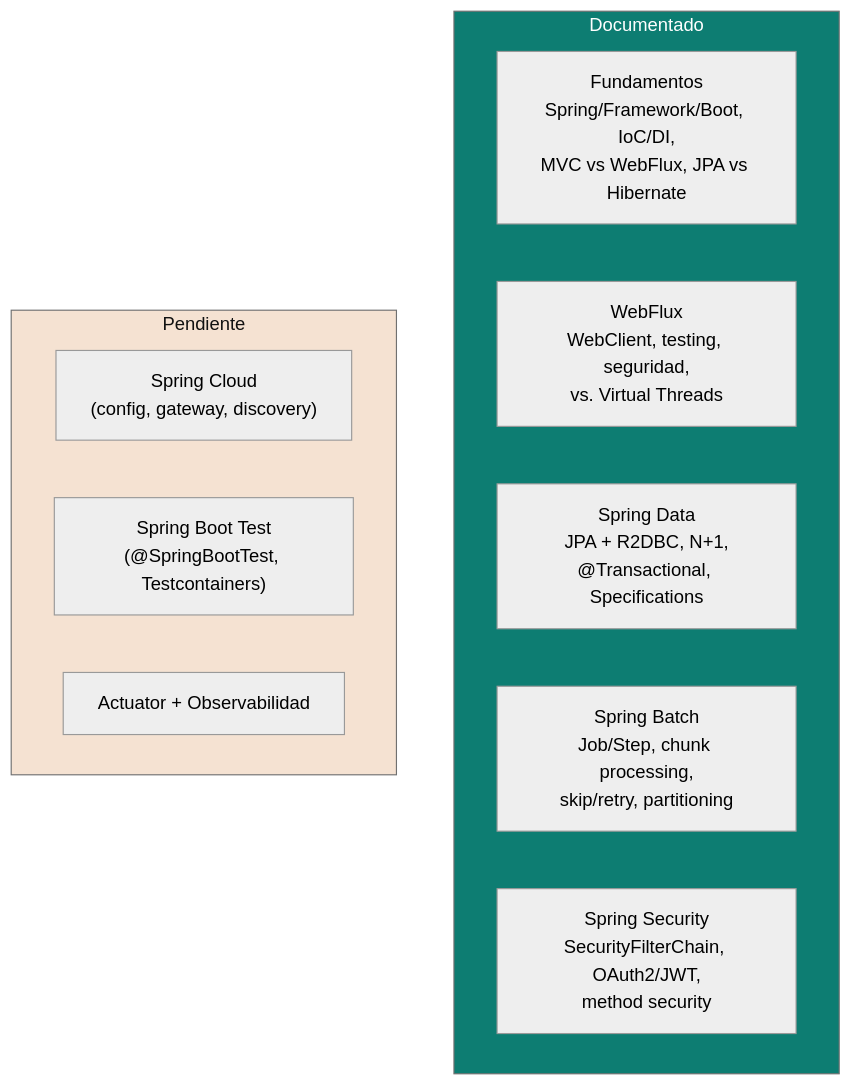
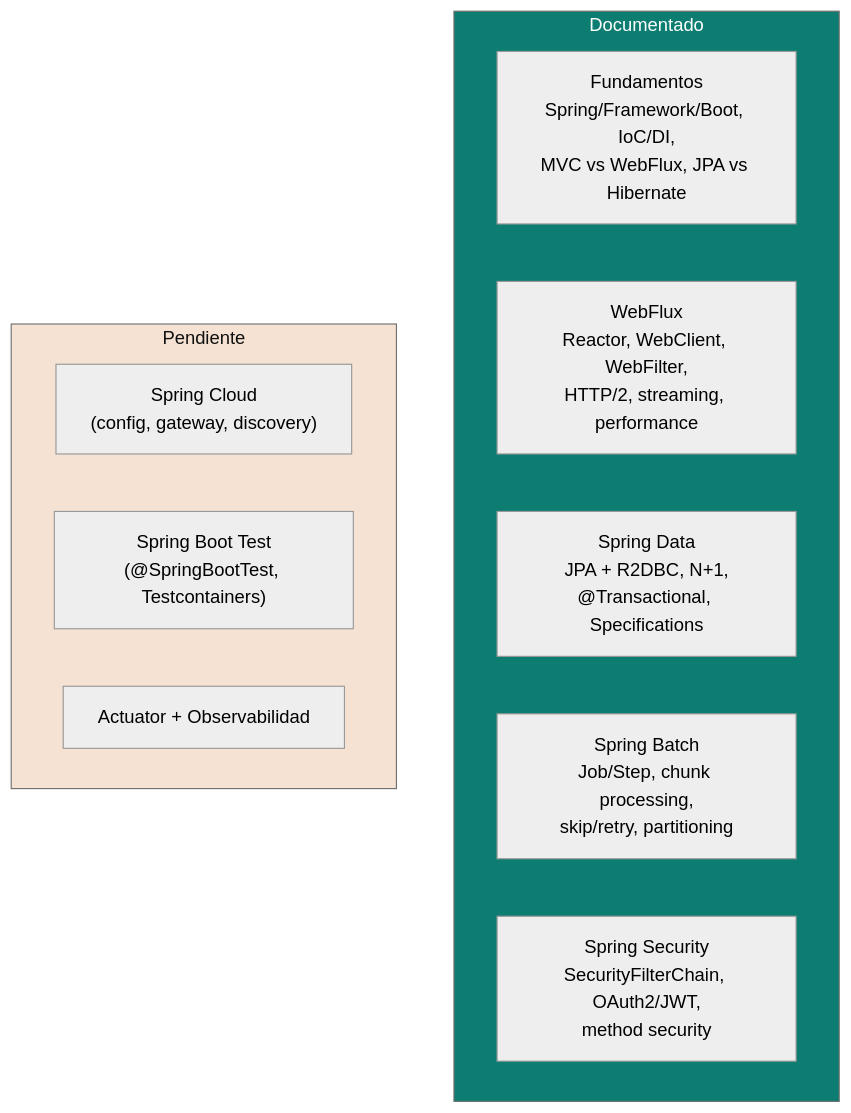
The diagram in frameworks/spring-boot/README.md (edzamo/software-engineering), drawn with Mermaid (neutral theme) before and after one commit. The commit also changed other lines of this file and 16 other files, not shown here.

First line of the commit message:
Refactor documentation links and enhance WebFlux guides

````diff
--- a/frameworks/spring-boot/README.md
+++ b/frameworks/spring-boot/README.md
@@ -7,18 +7,18 @@
 ```mermaid
 graph TB
     subgraph documentado[" Documentado "]
         F["Fundamentos<br/>Spring/Framework/Boot, IoC/DI,<br/>MVC vs WebFlux, JPA vs Hibernate"]
-        WF["WebFlux<br/>WebClient, testing, seguridad,<br/>vs. Virtual Threads"]
+        WF["WebFlux<br/>Reactor, WebClient, WebFilter,<br/>HTTP/2, streaming, performance"]
         SD["Spring Data<br/>JPA + R2DBC, N+1,<br/>@Transactional, Specifications"]
         SB["Spring Batch<br/>Job/Step, chunk processing,<br/>skip/retry, partitioning"]
         SEC["Spring Security<br/>SecurityFilterChain, OAuth2/JWT,<br/>method security"]
     end
     subgraph pendiente[" Pendiente "]
         CLOUD["Spring Cloud<br/>(config, gateway, discovery)"]
         TEST["Spring Boot Test<br/>(@SpringBootTest, Testcontainers)"]
         ACT["Actuator + Observabilidad"]
     end
 
     style documentado fill:#0d7d72,color:#fff
     style pendiente fill:#f5e2d2,color:#111
 ```
````
